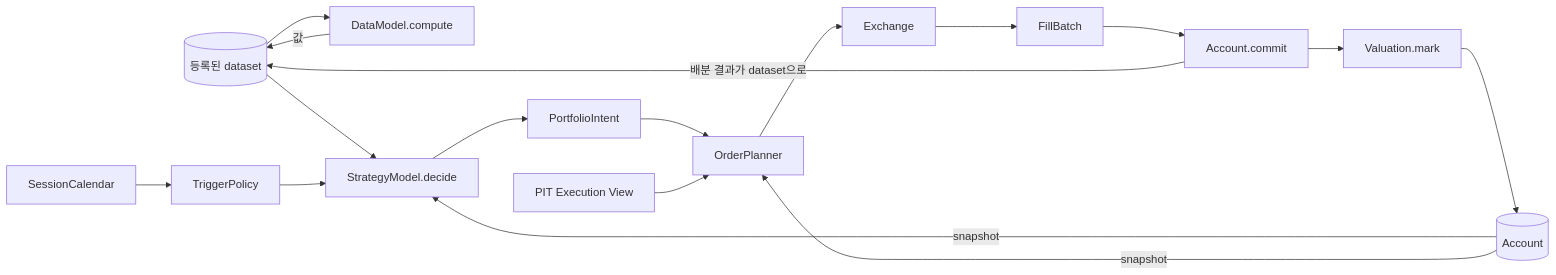
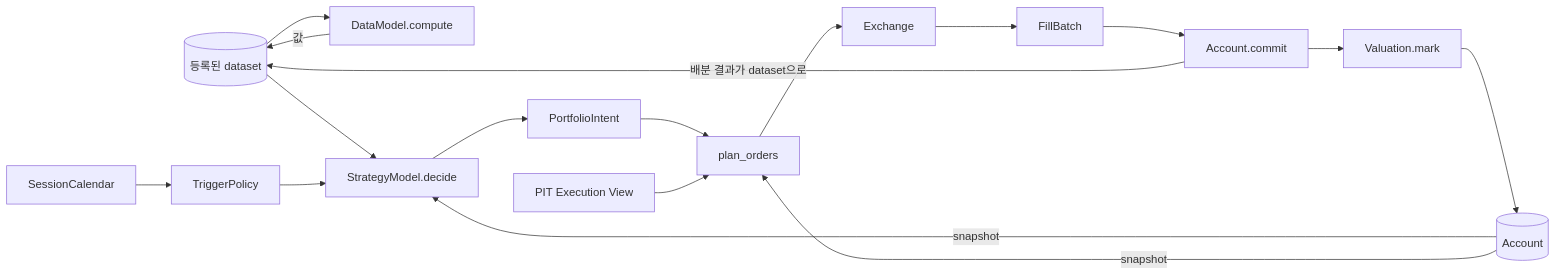
The diagram in docs/vqapr-architecture.md (jaepil-choi/qlibx), drawn with Mermaid before and after one commit. The commit also changed other lines of this file and 3 other files, not shown here.

````diff
--- a/docs/vqapr-architecture.md
+++ b/docs/vqapr-architecture.md
@@ -14,19 +14,19 @@
 ```mermaid
 flowchart LR
     Raw[(등록된 dataset)] --> DM[DataModel.compute]
     DM -->|값| Raw
     Raw --> S[StrategyModel.decide]
     Cal[SessionCalendar] --> Trig[TriggerPolicy]
     Trig --> S
     Acc[(Account)] -->|snapshot| S
     S --> I[PortfolioIntent]
-    I --> P[OrderPlanner]
+    I --> P[plan_orders]
     Acc -->|snapshot| P
     ExecData[PIT Execution View] --> P
     P --> X[Exchange]
     X --> F[FillBatch]
     F --> C[Account.commit]
     C --> M[Valuation.mark]
     M --> Acc
     C -->|배분 결과가 dataset으로| Raw
 ```
````
